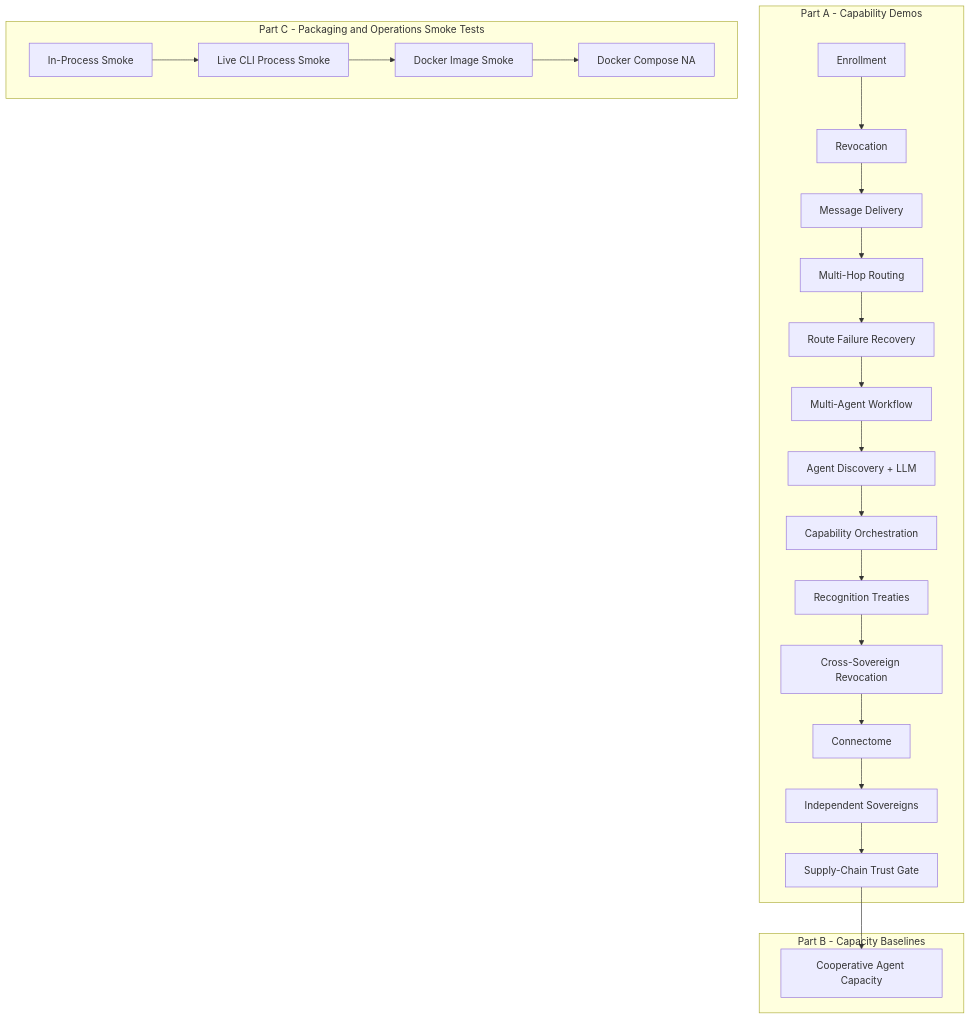
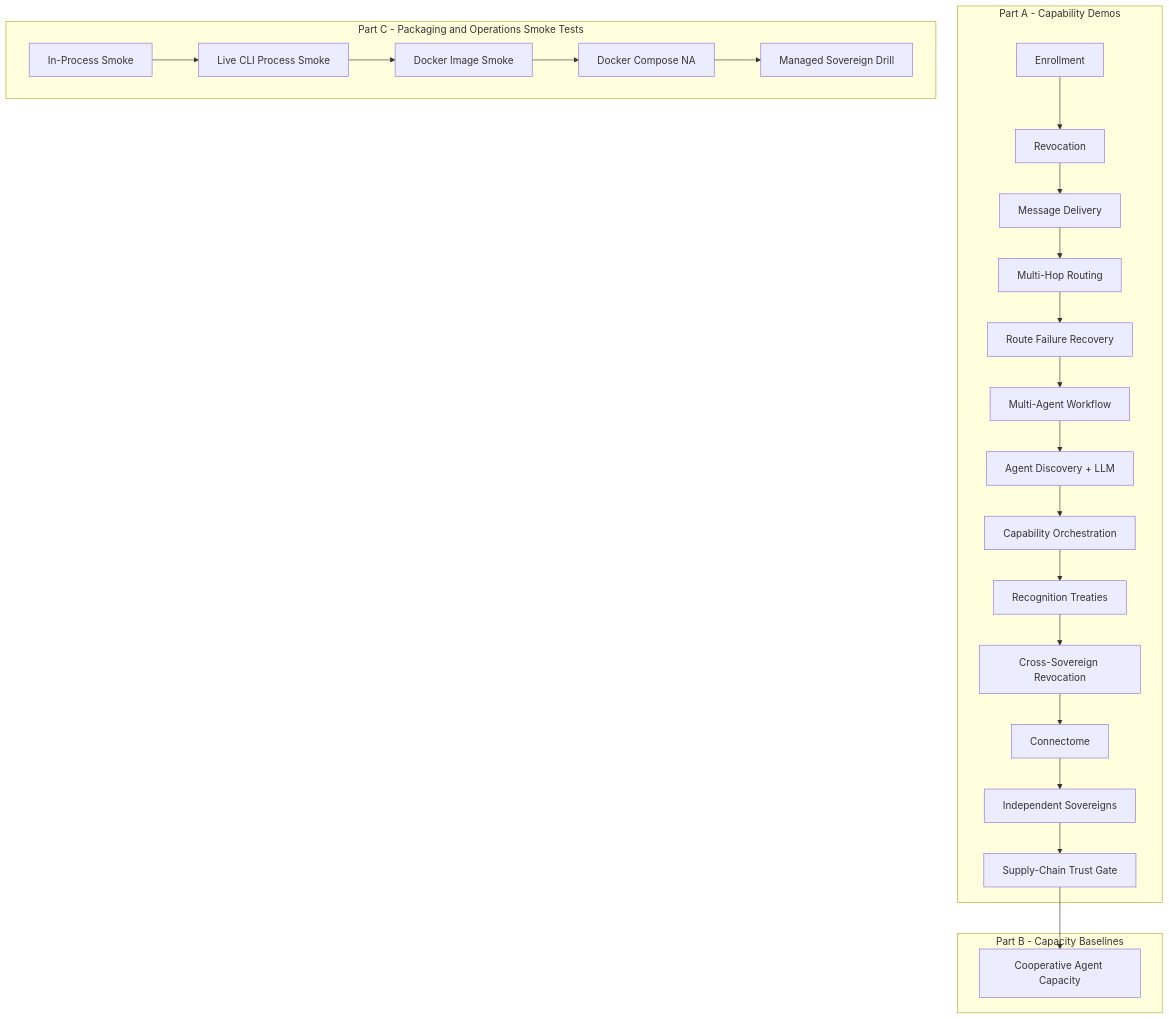
One commit to GenesisMeshLabs/genesismesh changed the first of 17 diagrams in docs/examples/demos.md. Above: the diagram before and after it, drawn with Mermaid. The commit also changed other lines of this file and 18 other files, not shown here.

Commit message:
Release v0.16.0 managed sovereign readiness

````diff
--- a/docs/examples/demos.md
+++ b/docs/examples/demos.md
@@ -25,33 +25,34 @@
 ```{mermaid}
 flowchart TD
     subgraph A[Part A - Capability Demos]
         A1[Enrollment]
         A2[Revocation]
         A3[Message Delivery]
         A4[Multi-Hop Routing]
         A5[Route Failure Recovery]
         A6[Multi-Agent Workflow]
         A7[Agent Discovery + LLM]
         A8[Capability Orchestration]
         A9[Recognition Treaties]
         A10[Cross-Sovereign Revocation]
         A11[Connectome]
         A12[Independent Sovereigns]
         A13[Supply-Chain Trust Gate]
     end
 
     subgraph B[Part B - Capacity Baselines]
         B1[Cooperative Agent Capacity]
     end
 
     subgraph C[Part C - Packaging and Operations Smoke Tests]
         C1[In-Process Smoke]
         C2[Live CLI Process Smoke]
         C3[Docker Image Smoke]
         C4[Docker Compose NA]
+        C5[Managed Sovereign Drill]
     end
 
     A1 --> A2 --> A3 --> A4 --> A5 --> A6 --> A7 --> A8 --> A9 --> A10 --> A11 --> A12 --> A13
     A13 --> B1
-    C1 --> C2 --> C3 --> C4
+    C1 --> C2 --> C3 --> C4 --> C5
 ```
````
